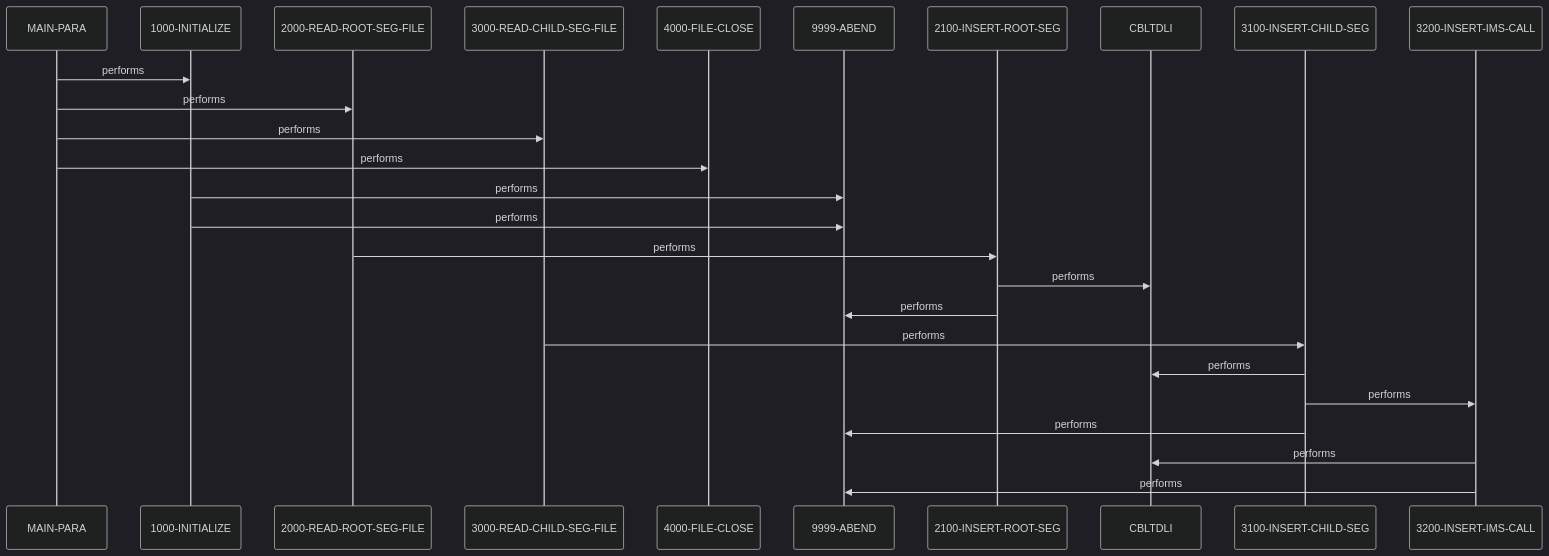
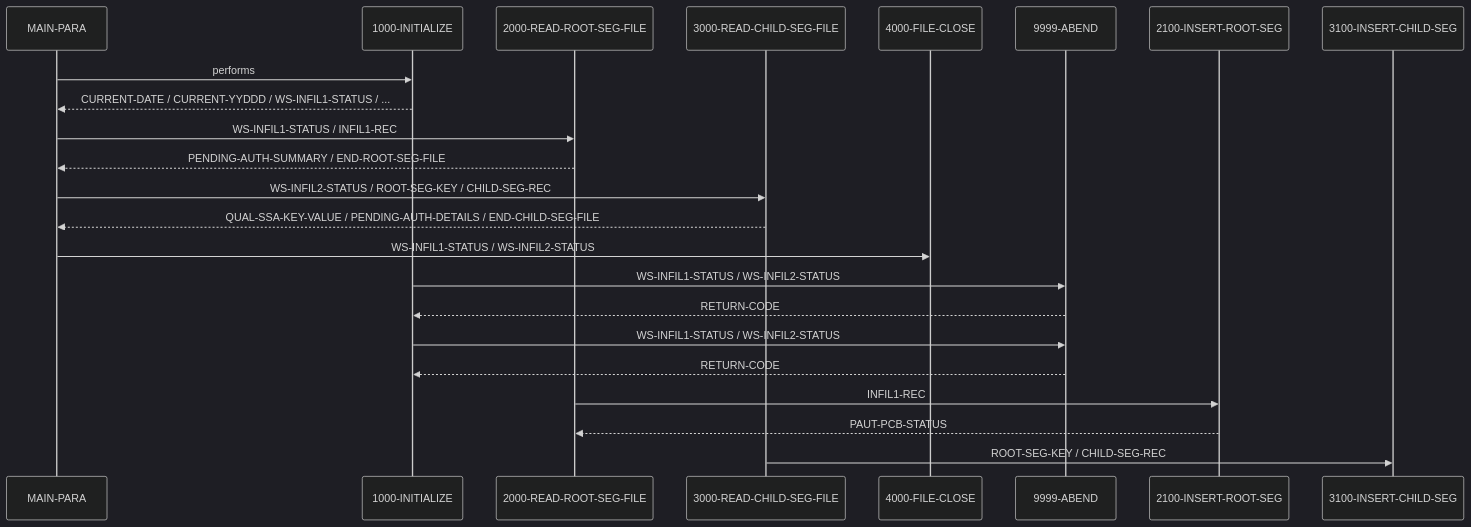
Before and after one commit to andrasfe/war_rig: the second of 2 diagrams in example_output/cbl/PAUDBLOD.CBL.md, drawn with Mermaid (dark theme). The commit also changed other lines of this file and 223 other files, not shown here.

````diff
--- a/example_output/cbl/PAUDBLOD.CBL.md
+++ b/example_output/cbl/PAUDBLOD.CBL.md
@@ -286,28 +196,25 @@
 ```mermaid
 sequenceDiagram
     participant MAIN_PARA as MAIN-PARA
     participant 1000_INITIALIZE as 1000-INITIALIZE
     participant 2000_READ_ROOT_SEG_FILE as 2000-READ-ROOT-SEG-FILE
     participant 3000_READ_CHILD_SEG_FILE as 3000-READ-CHILD-SEG-FILE
     participant 4000_FILE_CLOSE as 4000-FILE-CLOSE
     participant 9999_ABEND as 9999-ABEND
     participant 2100_INSERT_ROOT_SEG as 2100-INSERT-ROOT-SEG
-    participant CBLTDLI as CBLTDLI
     participant 3100_INSERT_CHILD_SEG as 3100-INSERT-CHILD-SEG
-    participant 3200_INSERT_IMS_CALL as 3200-INSERT-IMS-CALL
     MAIN_PARA->>1000_INITIALIZE: performs
-    MAIN_PARA->>2000_READ_ROOT_SEG_FILE: performs
-    MAIN_PARA->>3000_READ_CHILD_SEG_FILE: performs
-    MAIN_PARA->>4000_FILE_CLOSE: performs
-    1000_INITIALIZE->>9999_ABEND: performs
-    1000_INITIALIZE->>9999_ABEND: performs
-    2000_READ_ROOT_SEG_FILE->>2100_INSERT_ROOT_SEG: performs
-    2100_INSERT_ROOT_SEG->>CBLTDLI: performs
-    2100_INSERT_ROOT_SEG->>9999_ABEND: performs
-    3000_READ_CHILD_SEG_FILE->>3100_INSERT_CHILD_SEG: performs
-    3100_INSERT_CHILD_SEG->>CBLTDLI: performs
-    3100_INSERT_CHILD_SEG->>3200_INSERT_IMS_CALL: performs
-    3100_INSERT_CHILD_SEG->>9999_ABEND: performs
-    3200_INSERT_IMS_CALL->>CBLTDLI: performs
-    3200_INSERT_IMS_CALL->>9999_ABEND: performs
+    1000_INITIALIZE-->>MAIN_PARA: CURRENT-DATE / CURRENT-YYDDD / WS-INFIL1-STATUS / ...
+    MAIN_PARA->>2000_READ_ROOT_SEG_FILE: WS-INFIL1-STATUS / INFIL1-REC
+    2000_READ_ROOT_SEG_FILE-->>MAIN_PARA: PENDING-AUTH-SUMMARY / END-ROOT-SEG-FILE
+    MAIN_PARA->>3000_READ_CHILD_SEG_FILE: WS-INFIL2-STATUS / ROOT-SEG-KEY / CHILD-SEG-REC
+    3000_READ_CHILD_SEG_FILE-->>MAIN_PARA: QUAL-SSA-KEY-VALUE / PENDING-AUTH-DETAILS / END-CHILD-SEG-FILE
+    MAIN_PARA->>4000_FILE_CLOSE: WS-INFIL1-STATUS / WS-INFIL2-STATUS
+    1000_INITIALIZE->>9999_ABEND: WS-INFIL1-STATUS / WS-INFIL2-STATUS
+    9999_ABEND-->>1000_INITIALIZE: RETURN-CODE
+    1000_INITIALIZE->>9999_ABEND: WS-INFIL1-STATUS / WS-INFIL2-STATUS
+    9999_ABEND-->>1000_INITIALIZE: RETURN-CODE
+    2000_READ_ROOT_SEG_FILE->>2100_INSERT_ROOT_SEG: INFIL1-REC
+    2100_INSERT_ROOT_SEG-->>2000_READ_ROOT_SEG_FILE: PAUT-PCB-STATUS
+    3000_READ_CHILD_SEG_FILE->>3100_INSERT_CHILD_SEG: ROOT-SEG-KEY / CHILD-SEG-REC
 ```
````
